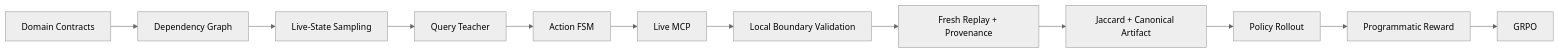
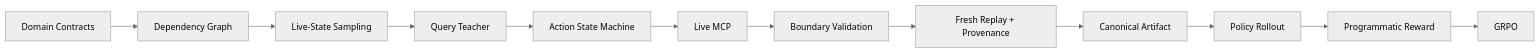
Before and after one commit to liuzy1019/LiveMCP-GRPO: the diagram in README.md, drawn with Mermaid (neutral theme). The commit also changed other lines of this file, not shown here.

````diff
--- a/README.md
+++ b/README.md
@@ -96,14 +85,14 @@
 ```mermaid
 flowchart LR
     A[Domain Contracts] --> B[Dependency Graph]
     B --> C[Live-State Sampling]
     C --> D[Query Teacher]
-    D --> E[Action FSM]
+    D --> E[Action State Machine]
     E --> F[Live MCP]
-    F --> G[Local Boundary Validation]
+    F --> G[Boundary Validation]
     G --> H[Fresh Replay + Provenance]
-    H --> I[Jaccard + Canonical Artifact]
+    H --> I[Canonical Artifact]
     I --> J[Policy Rollout]
     J --> K[Programmatic Reward]
     K --> L[GRPO]
 ```
````
